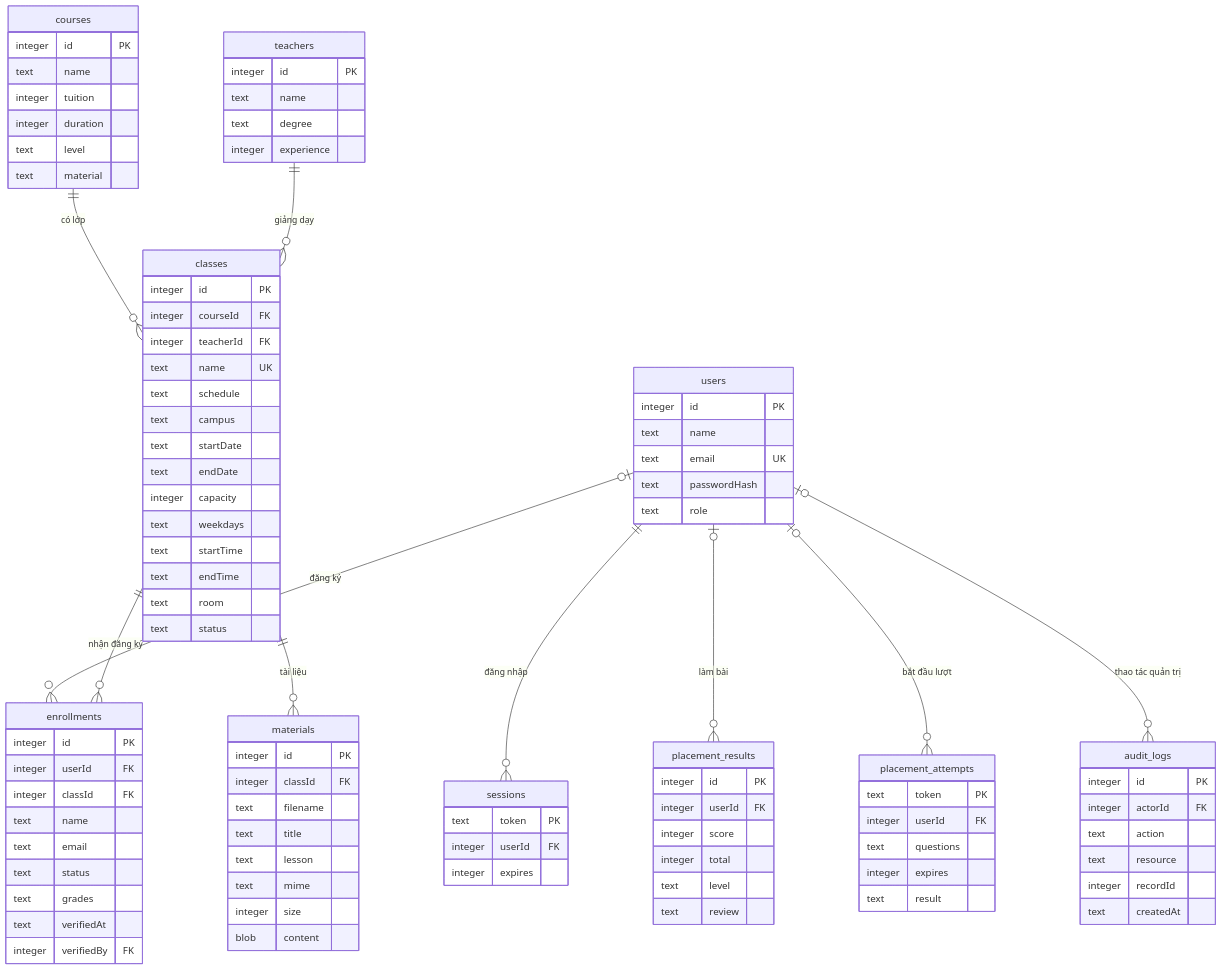
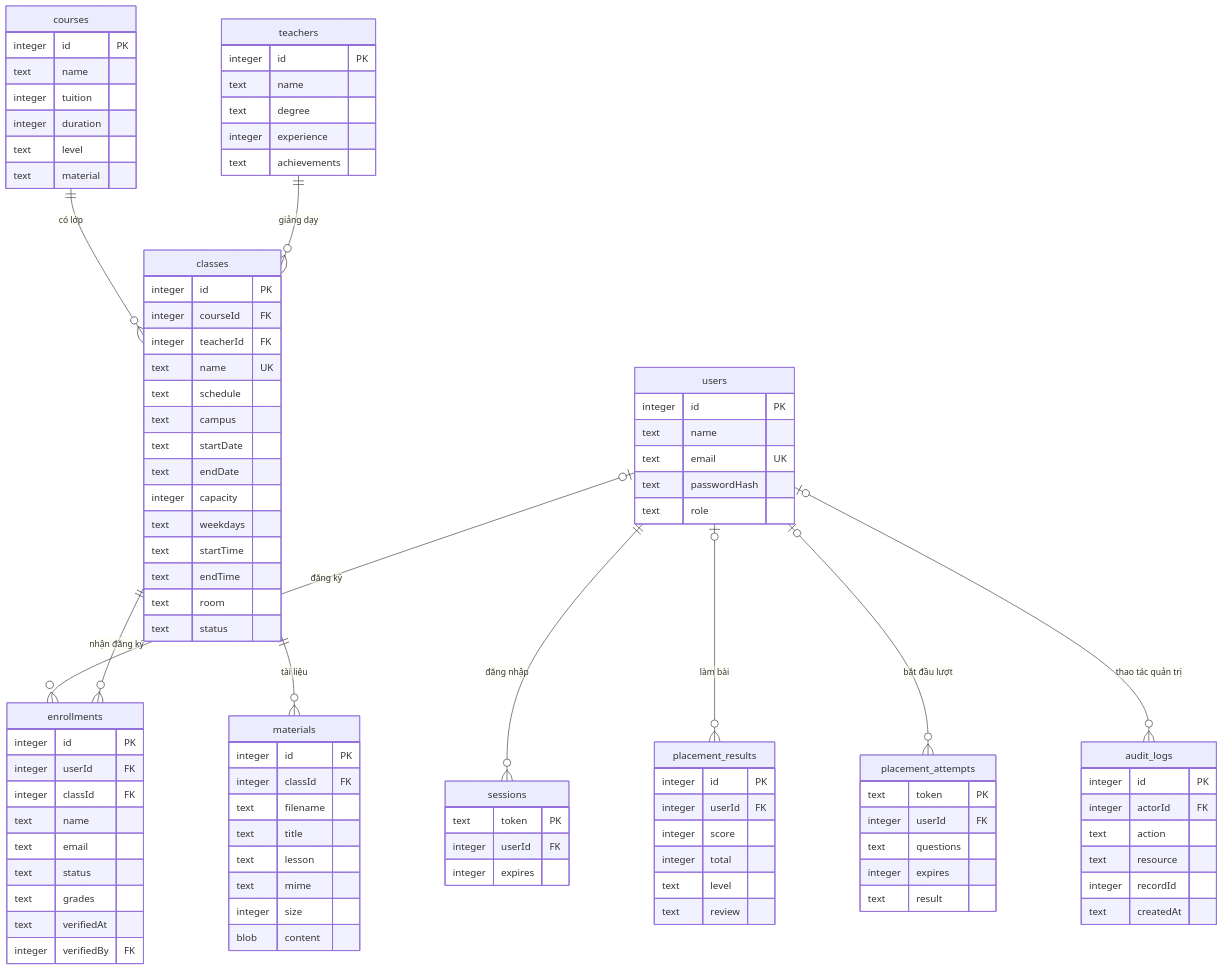
The first of 2 diagrams in docs/DATABASE.md (juki12354/trungtamngoaingu), drawn with Mermaid before and after one commit. The commit also changed 23 other files, not shown here.

```diff
--- a/docs/DATABASE.md
+++ b/docs/DATABASE.md
@@ -33,6 +33,7 @@
         text name
         text degree
         integer experience
+        text achievements
     }
     classes {
         integer id PK
```
